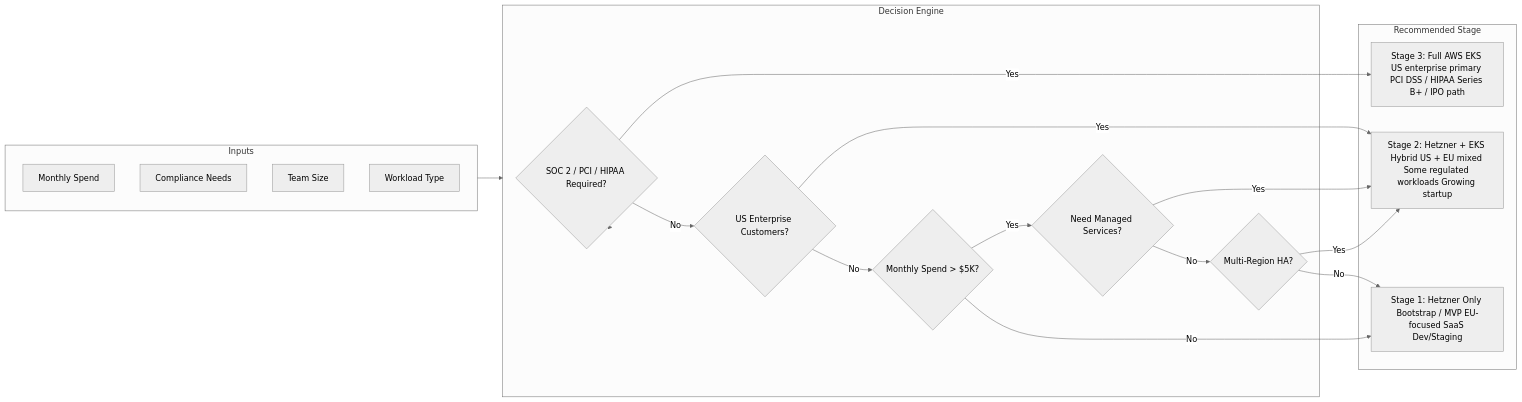
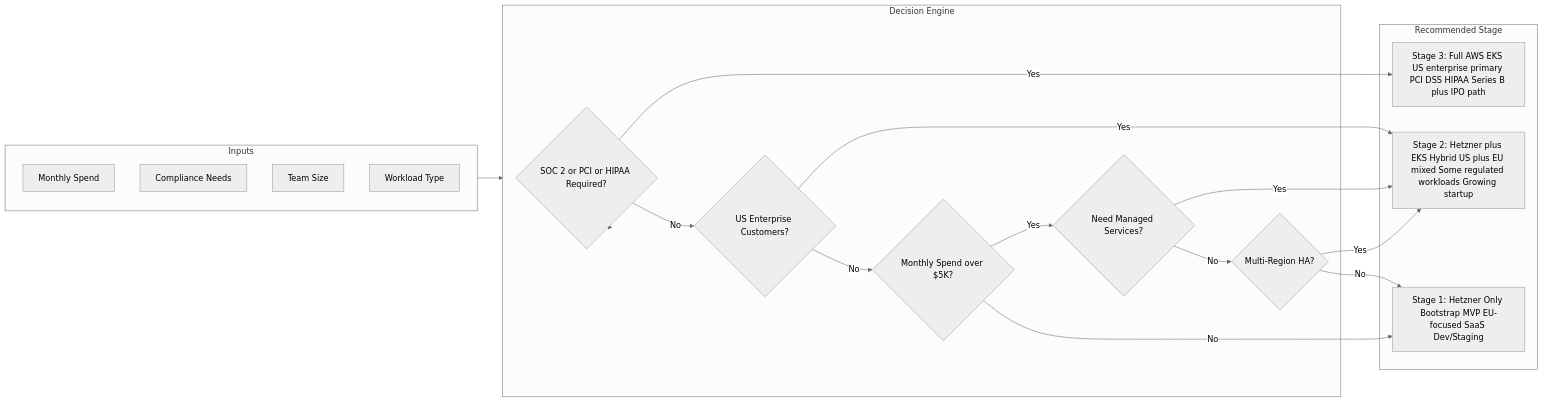
The sixth of 10 diagrams in README.md (DurianLAB/hetzner-to-eks), drawn with Mermaid (neutral theme) before and after one commit. The commit also changed other lines of this file, not shown here.

````diff
--- a/README.md
+++ b/README.md
@@ -445,36 +360,36 @@
 ```mermaid
 flowchart LR
     subgraph INPUTS["Inputs"]
         COST["Monthly Spend"]
         COMPLIANCE["Compliance Needs"]
         TEAM["Team Size"]
         WORKLOADS["Workload Type"]
     end
 
     subgraph PROCESS["Decision Engine"]
-        CHECK1{SOC 2 / PCI / HIPAA Required?}
+        CHECK1{SOC 2 or PCI or HIPAA Required?}
         CHECK2{US Enterprise Customers?}
-        CHECK3{Monthly Spend > $5K?}
+        CHECK3{Monthly Spend over $5K?}
         CHECK4{Need Managed Services?}
         CHECK5{Multi-Region HA?}
     end
 
     subgraph OUTPUTS["Recommended Stage"]
-        R1["Stage 1: Hetzner Only Bootstrap / MVP EU-focused SaaS Dev/Staging"]
-        R2["Stage 2: Hetzner + EKS Hybrid US + EU mixed Some regulated workloads Growing startup"]
-        R3["Stage 3: Full AWS EKS US enterprise primary PCI DSS / HIPAA Series B+ / IPO path"]
+        R1["Stage 1: Hetzner Only Bootstrap MVP EU-focused SaaS Dev/Staging"]
+        R2["Stage 2: Hetzner plus EKS Hybrid US plus EU mixed Some regulated workloads Growing startup"]
+        R3["Stage 3: Full AWS EKS US enterprise primary PCI DSS HIPAA Series B plus IPO path"]
     end
 
     INPUTS --> PROCESS
     PROCESS --> CHECK1
     CHECK1 -->|Yes| R3
     CHECK1 -->|No| CHECK2
     CHECK2 -->|Yes| R2
     CHECK2 -->|No| CHECK3
     CHECK3 -->|Yes| CHECK4
     CHECK3 -->|No| R1
     CHECK4 -->|Yes| R2
     CHECK4 -->|No| CHECK5
     CHECK5 -->|Yes| R2
     CHECK5 -->|No| R1
 ```
````
